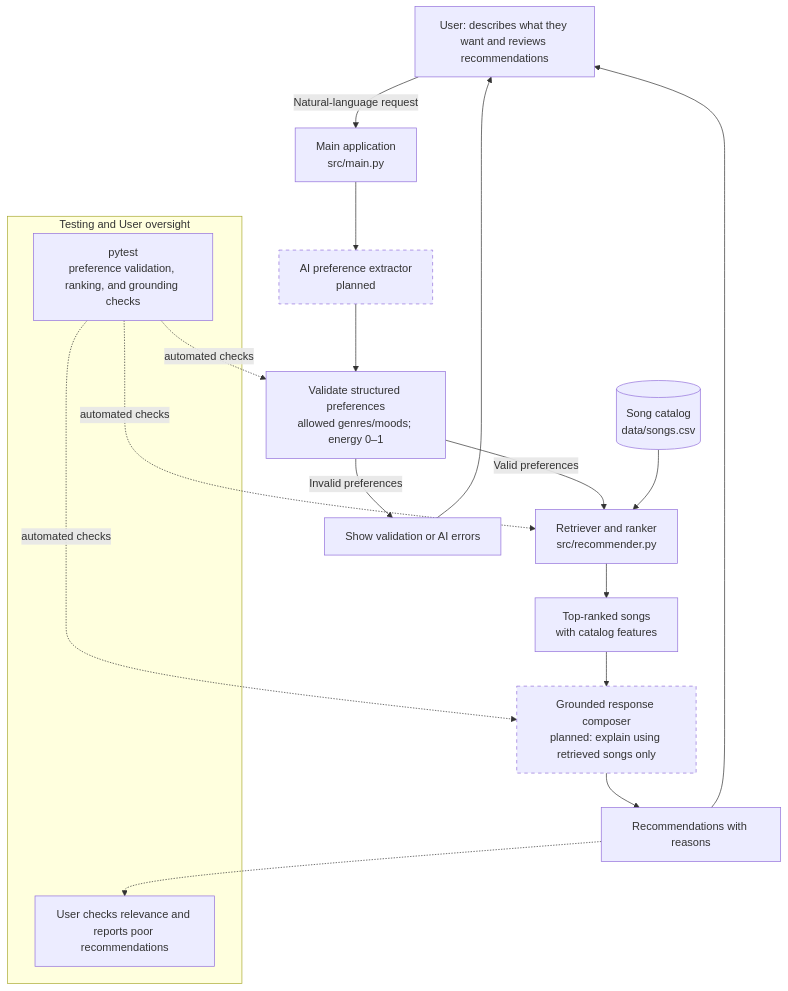
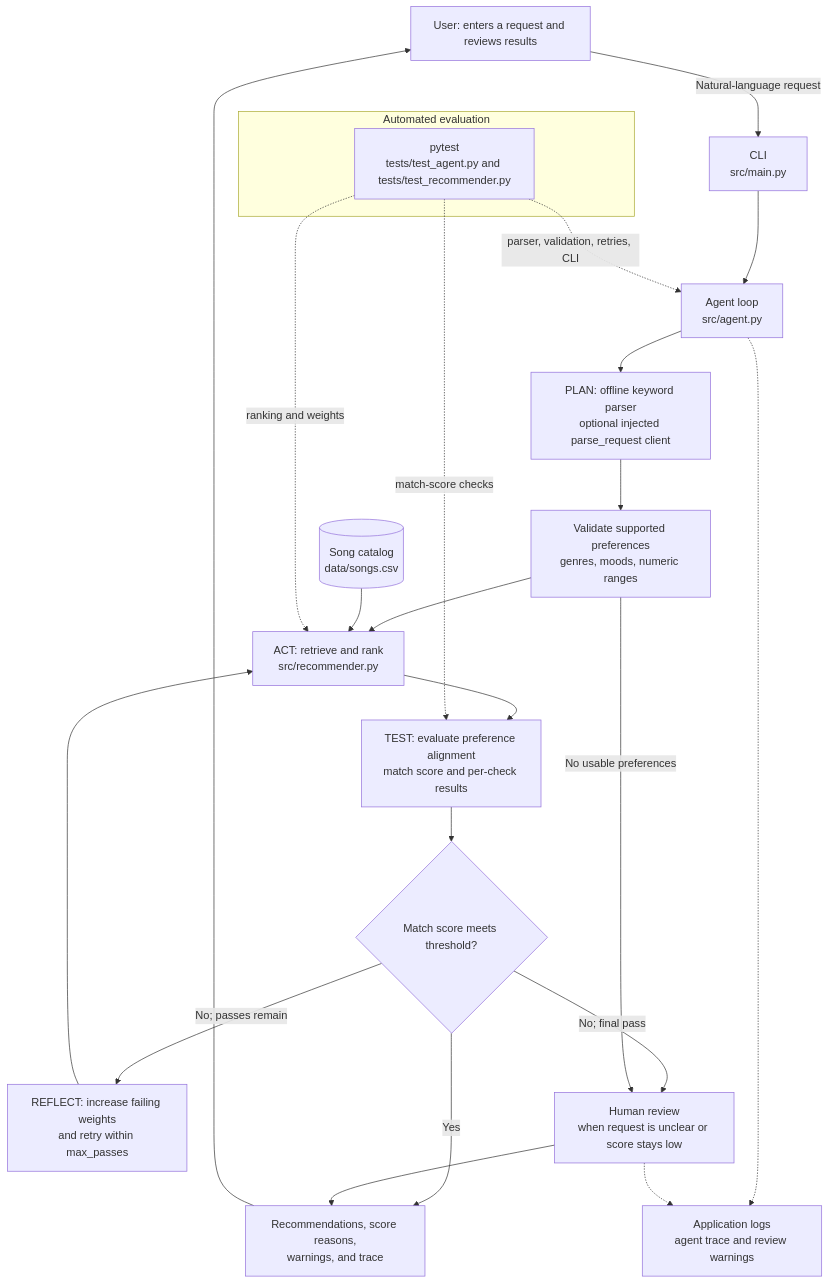
One commit to dhamar-cs15/applied-ai-system-final changed the diagram in diagrams/recommendation_system.mmd. Above: the diagram before and after it, drawn with Mermaid. The commit also changed 5 other files, not shown here.

Commit message:
implementing agent to recommender

```diff
--- a/diagrams/recommendation_system.mmd
+++ b/diagrams/recommendation_system.mmd
@@ -1,36 +1,40 @@
 flowchart TD
-    User["User: describes what they want and reviews recommendations"]
-    App["Main application<br/>src/main.py"]
-    Parser["AI preference extractor<br/>planned"]
-    Guardrail["Validate structured preferences<br/>allowed genres/moods; energy 0–1"]
+    User["User: enters a request and reviews results"]
+    App["CLI<br/>src/main.py"]
+    Agent["Agent loop<br/>src/agent.py"]
+    Parser["PLAN: offline keyword parser<br/>optional injected parse_request client"]
+    Guardrail["Validate supported preferences<br/>genres, moods, numeric ranges"]
     Catalog[("Song catalog<br/>data/songs.csv")]
-    Ranker["Retriever and ranker<br/>src/recommender.py"]
-    Candidates["Top-ranked songs<br/>with catalog features"]
-    Composer["Grounded response composer<br/>planned: explain using retrieved songs only"]
-    Result["Recommendations with reasons"]
-    Error["Show validation or AI errors"]
+    Ranker["ACT: retrieve and rank<br/>src/recommender.py"]
+    Evaluator["TEST: evaluate preference alignment<br/>match score and per-check results"]
+    Decision{"Match score meets threshold?"}
+    Retry["REFLECT: increase failing weights<br/>and retry within max_passes"]
+    Human["Human review<br/>when request is unclear or score stays low"]
+    Output["Recommendations, score reasons,<br/>warnings, and trace"]
+    Logs["Application logs<br/>agent trace and review warnings"]
 
     User -->|"Natural-language request"| App
-    App --> Parser
+    App --> Agent
+    Agent --> Parser
     Parser --> Guardrail
-    Guardrail -->|"Valid preferences"| Ranker
-    Guardrail -->|"Invalid preferences"| Error
+    Guardrail --> Ranker
     Catalog --> Ranker
-    Ranker --> Candidates
-    Candidates --> Composer
-    Composer --> Result
-    Result --> User
-    Error --> User
+    Ranker --> Evaluator
+    Evaluator --> Decision
+    Decision -->|"Yes"| Output
+    Decision -->|"No; passes remain"| Retry
+    Retry --> Ranker
+    Decision -->|"No; final pass"| Human
+    Guardrail -->|"No usable preferences"| Human
+    Human --> Output
+    Output --> User
+    Agent -.-> Logs
+    Human -.-> Logs
 
-    subgraph Checks["Testing and User oversight"]
-        Tests["pytest<br/>preference validation, ranking, and grounding checks"]
-        Review["User checks relevance and reports poor recommendations"]
+    subgraph Checks["Automated evaluation"]
+        Tests["pytest<br/>tests/test_agent.py and tests/test_recommender.py"]
     end
 
-    Tests -.->|"automated checks"| Guardrail
-    Tests -.->|"automated checks"| Ranker
-    Tests -.->|"automated checks"| Composer
-    Result -.-> Review
-
-    classDef planned stroke-dasharray: 5 5
-    class Parser,Composer planned
+    Tests -.->|"parser, validation, retries, CLI"| Agent
+    Tests -.->|"ranking and weights"| Ranker
+    Tests -.->|"match-score checks"| Evaluator
```
